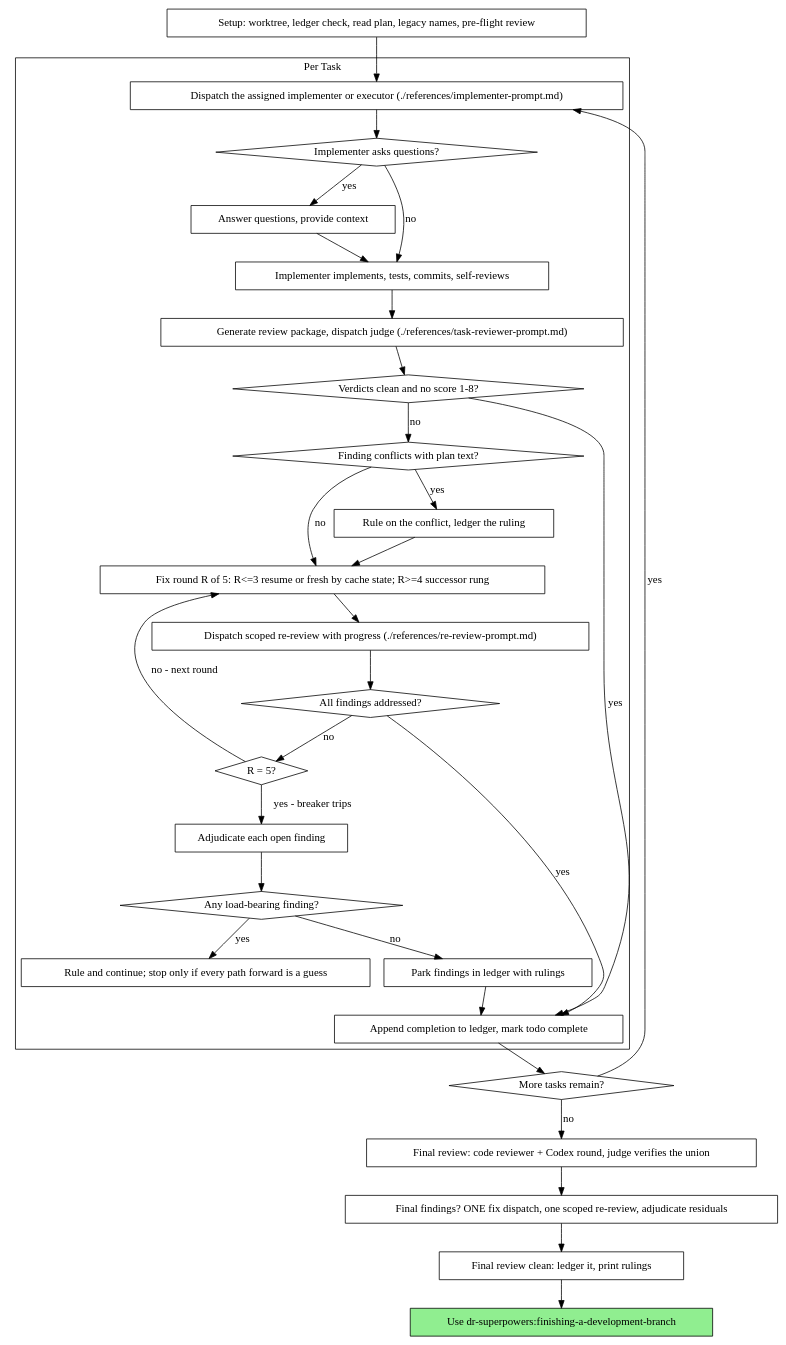
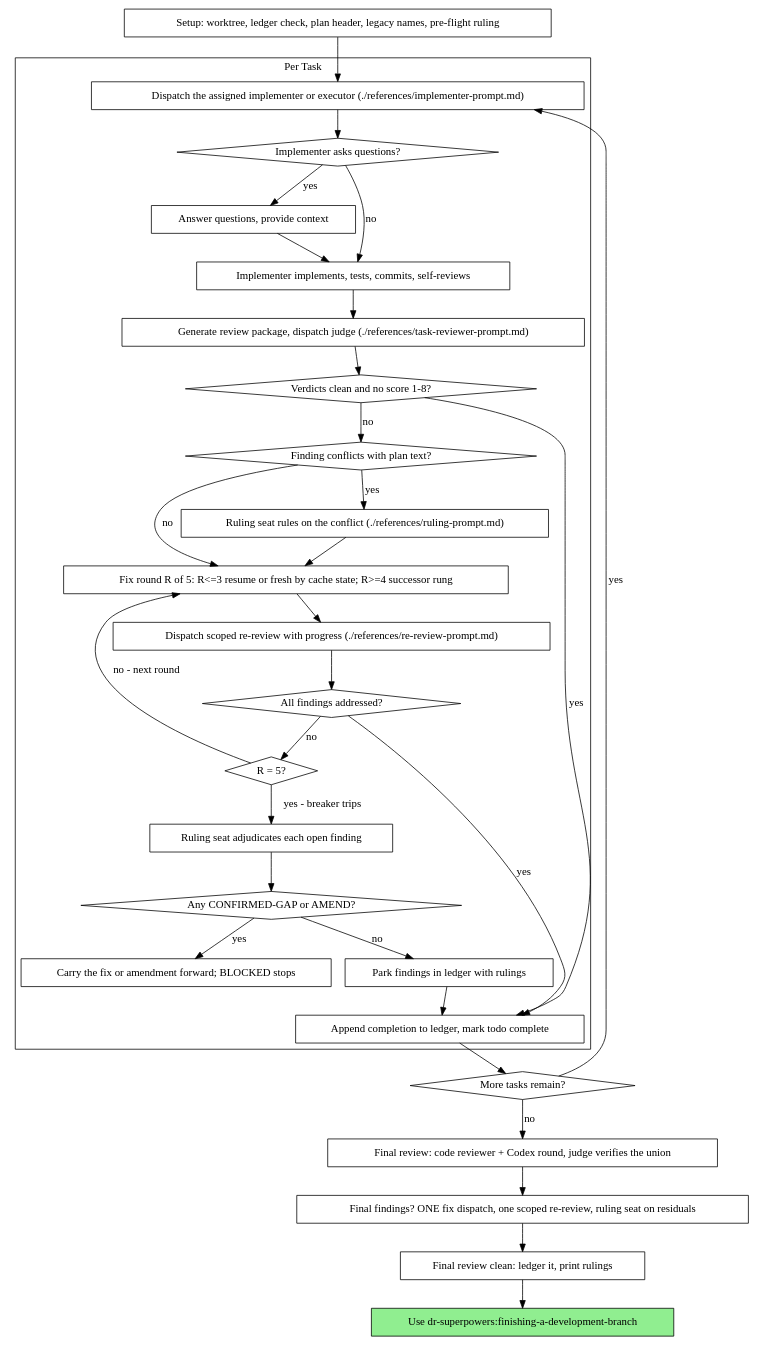
Before and after one commit to darkraise/darkraise-ai-plugins: the second of 2 diagrams in plugins/dr-superpowers/skills/subagent-driven-development/SKILL.md, drawn with Graphviz. The commit also changed other lines of this file, not shown here.

Commit message:
feat(superpowers): route judgment to the ruling seat

````diff
--- a/plugins/dr-superpowers/skills/subagent-driven-development/SKILL.md
+++ b/plugins/dr-superpowers/skills/subagent-driven-development/SKILL.md
@@ -117,62 +119,62 @@
 ```dot
 digraph process {
     rankdir=TB;
 
     subgraph cluster_per_task {
         label="Per Task";
         "Dispatch the assigned implementer or executor (./references/implementer-prompt.md)" [shape=box];
         "Implementer asks questions?" [shape=diamond];
         "Answer questions, provide context" [shape=box];
         "Implementer implements, tests, commits, self-reviews" [shape=box];
         "Generate review package, dispatch judge (./references/task-reviewer-prompt.md)" [shape=box];
         "Verdicts clean and no score 1-8?" [shape=diamond];
         "Finding conflicts with plan text?" [shape=diamond];
-        "Rule on the conflict, ledger the ruling" [shape=box];
+        "Ruling seat rules on the conflict (./references/ruling-prompt.md)" [shape=box];
         "Fix round R of 5: R<=3 resume or fresh by cache state; R>=4 successor rung" [shape=box];
         "Dispatch scoped re-review with progress (./references/re-review-prompt.md)" [shape=box];
         "All findings addressed?" [shape=diamond];
         "R = 5?" [shape=diamond];
-        "Adjudicate each open finding" [shape=box];
-        "Any load-bearing finding?" [shape=diamond];
-        "Rule and continue; stop only if every path forward is a guess" [shape=box];
+        "Ruling seat adjudicates each open finding" [shape=box];
+        "Any CONFIRMED-GAP or AMEND?" [shape=diamond];
+        "Carry the fix or amendment forward; BLOCKED stops" [shape=box];
         "Park findings in ledger with rulings" [shape=box];
         "Append completion to ledger, mark todo complete" [shape=box];
     }
 
-    "Setup: worktree, ledger check, read plan, legacy names, pre-flight review" [shape=box];
+    "Setup: worktree, ledger check, plan header, legacy names, pre-flight ruling" [shape=box];
     "More tasks remain?" [shape=diamond];
     "Final review: code reviewer + Codex round, judge verifies the union" [shape=box];
-    "Final findings? ONE fix dispatch, one scoped re-review, adjudicate residuals" [shape=box];
+    "Final findings? ONE fix dispatch, one scoped re-review, ruling seat on residuals" [shape=box];
     "Final review clean: ledger it, print rulings" [shape=box];
     "Use dr-superpowers:finishing-a-development-branch" [shape=box style=filled fillcolor=lightgreen];
 
-    "Setup: worktree, ledger check, read plan, legacy names, pre-flight review" -> "Dispatch the assigned implementer or executor (./references/implementer-prompt.md)";
+    "Setup: worktree, ledger check, plan header, legacy names, pre-flight ruling" -> "Dispatch the assigned implementer or executor (./references/implementer-prompt.md)";
     "Dispatch the assigned implementer or executor (./references/implementer-prompt.md)" -> "Implementer asks questions?";
     "Implementer asks questions?" -> "Answer questions, provide context" [label="yes"];
     "Answer questions, provide context" -> "Implementer implements, tests, commits, self-reviews";
     "Implementer asks questions?" -> "Implementer implements, tests, commits, self-reviews" [label="no"];
     "Implementer implements, tests, commits, self-reviews" -> "Generate review package, dispatch judge (./references/task-reviewer-prompt.md)";
     "Generate review package, dispatch judge (./references/task-reviewer-prompt.md)" -> "Verdicts clean and no score 1-8?";
     "Verdicts clean and no score 1-8?" -> "Append completion to ledger, mark todo complete" [label="yes"];
     "Verdicts clean and no score 1-8?" -> "Finding conflicts with plan text?" [label="no"];
-    "Finding conflicts with plan text?" -> "Rule on the conflict, ledger the ruling" [label="yes"];
-    "Rule on the conflict, ledger the ruling" -> "Fix round R of 5: R<=3 resume or fresh by cache state; R>=4 successor rung";
+    "Finding conflicts with plan text?" -> "Ruling seat rules on the conflict (./references/ruling-prompt.md)" [label="yes"];
+    "Ruling seat rules on the conflict (./references/ruling-prompt.md)" -> "Fix round R of 5: R<=3 resume or fresh by cache state; R>=4 successor rung";
     "Finding conflicts with plan text?" -> "Fix round R of 5: R<=3 resume or fresh by cache state; R>=4 successor rung" [label="no"];
     "Fix round R of 5: R<=3 resume or fresh by cache state; R>=4 successor rung" -> "Dispatch scoped re-review with progress (./references/re-review-prompt.md)";
     "Dispatch scoped re-review with progress (./references/re-review-prompt.md)" -> "All findings addressed?";
     "All findings addressed?" -> "Append completion to ledger, mark todo complete" [label="yes"];
     "All findings addressed?" -> "R = 5?" [label="no"];
     "R = 5?" -> "Fix round R of 5: R<=3 resume or fresh by cache state; R>=4 successor rung" [label="no - next round"];
-    "R = 5?" -> "Adjudicate each open finding" [label="yes - breaker trips"];
-    "Adjudicate each open finding" -> "Any load-bearing finding?";
-    "Any load-bearing finding?" -> "Rule and continue; stop only if every path forward is a guess" [label="yes"];
-    "Any load-bearing finding?" -> "Park findings in ledger with rulings" [label="no"];
+    "R = 5?" -> "Ruling seat adjudicates each open finding" [label="yes - breaker trips"];
+    "Ruling seat adjudicates each open finding" -> "Any CONFIRMED-GAP or AMEND?";
+    "Any CONFIRMED-GAP or AMEND?" -> "Carry the fix or amendment forward; BLOCKED stops" [label="yes"];
+    "Any CONFIRMED-GAP or AMEND?" -> "Park findings in ledger with rulings" [label="no"];
     "Park findings in ledger with rulings" -> "Append completion to ledger, mark todo complete";
     "Append completion to ledger, mark todo complete" -> "More tasks remain?";
     "More tasks remain?" -> "Dispatch the assigned implementer or executor (./references/implementer-prompt.md)" [label="yes"];
     "More tasks remain?" -> "Final review: code reviewer + Codex round, judge verifies the union" [label="no"];
-    "Final review: code reviewer + Codex round, judge verifies the union" -> "Final findings? ONE fix dispatch, one scoped re-review, adjudicate residuals";
-    "Final findings? ONE fix dispatch, one scoped re-review, adjudicate residuals" -> "Final review clean: ledger it, print rulings";
+    "Final review: code reviewer + Codex round, judge verifies the union" -> "Final findings? ONE fix dispatch, one scoped re-review, ruling seat on residuals";
+    "Final findings? ONE fix dispatch, one scoped re-review, ruling seat on residuals" -> "Final review clean: ledger it, print rulings";
     "Final review clean: ledger it, print rulings" -> "Use dr-superpowers:finishing-a-development-branch";
 }
 ```
````
